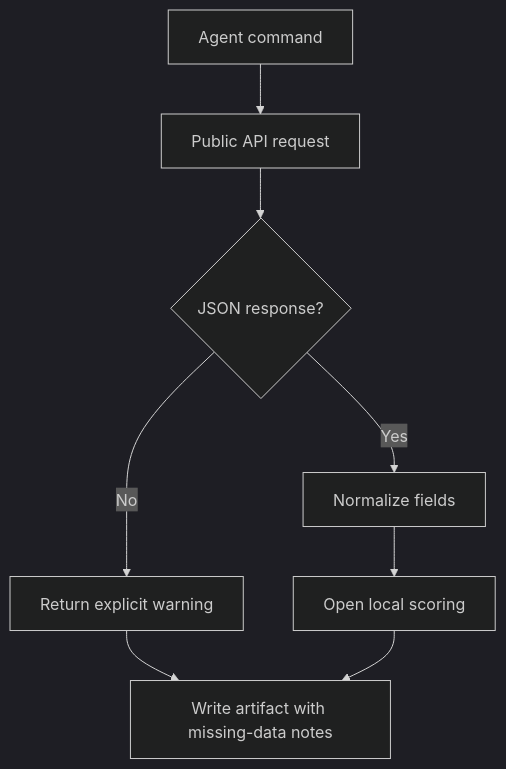
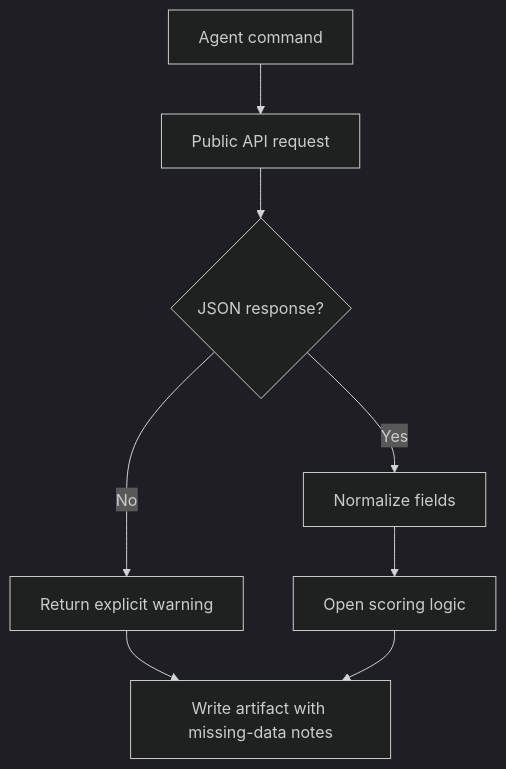
Before and after one commit to animeme99/Animeme-Agent: the fifth of 6 diagrams in README.md, drawn with Mermaid (dark theme). The commit also changed other lines of this file and 6 other files, not shown here.

````diff
--- a/README.md
+++ b/README.md
@@ -466,10 +452,10 @@
 ```mermaid
 flowchart TD
     Command["Agent command"] --> Request["Public API request"]
     Request --> Json{"JSON response?"}
     Json -->|Yes| Normalize["Normalize fields"]
     Json -->|No| Warning["Return explicit warning"]
-    Normalize --> Score["Open local scoring"]
+    Normalize --> Score["Open scoring logic"]
     Warning --> Artifact["Write artifact with missing-data notes"]
     Score --> Artifact
 ```
````
